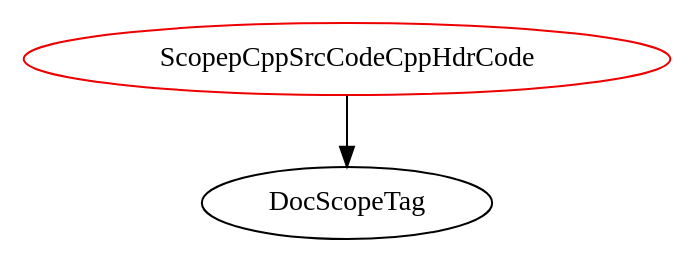
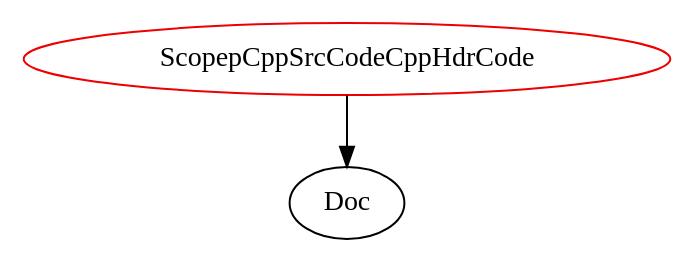
The diagram in analysis/TypeDependencyGraphs/gool/ScopepCppSrcCodeCppHdrCode.dot (BilalM04/Drasil), drawn with Graphviz before and after one commit. The commit also changed 1160 other files, not shown here.

```diff
--- a/analysis/TypeDependencyGraphs/gool/ScopepCppSrcCodeCppHdrCode.dot
+++ b/analysis/TypeDependencyGraphs/gool/ScopepCppSrcCodeCppHdrCode.dot
@@ -1,4 +1,4 @@
 digraph scopepcppsrccodecpphdrcode{
 ScopepCppSrcCodeCppHdrCode	[shape=oval, color=red2, label="ScopepCppSrcCodeCppHdrCode"];
-ScopepCppSrcCodeCppHdrCode -> DocScopeTag;
+ScopepCppSrcCodeCppHdrCode -> Doc;
 }
```
